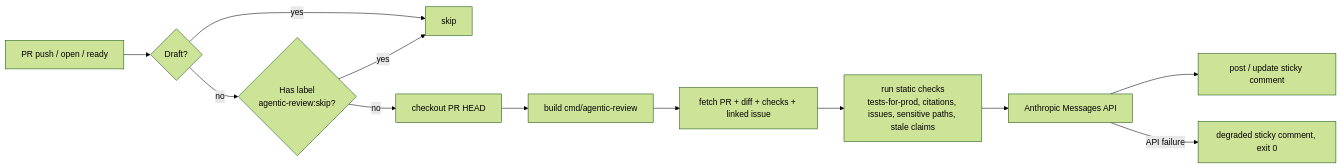
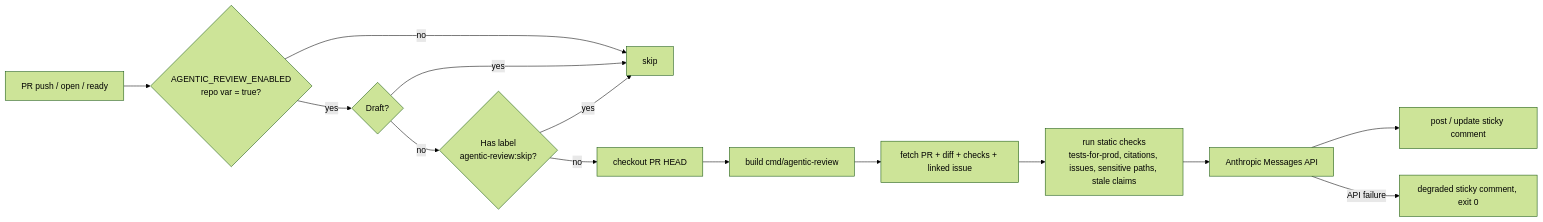
One commit to jk-nd/claude-code-setup changed the diagram in docs/agentic-review.md. Above: the diagram before and after it, drawn with Mermaid (forest theme). The commit also changed other lines of this file and 3 other files, not shown here.

First line of the commit message:
feat(agentic-review): opt-in gate via AGENTIC_REVIEW_ENABLED variable

````diff
--- a/docs/agentic-review.md
+++ b/docs/agentic-review.md
@@ -18,14 +19,16 @@
 ```mermaid
 flowchart LR
-    A[PR push / open / ready] --> B{Draft?}
-    B -- yes --> Z[skip]
+    A[PR push / open / ready] --> AA{AGENTIC_REVIEW_ENABLED<br/>repo var = true?}
+    AA -- no --> Z[skip]
+    AA -- yes --> B{Draft?}
+    B -- yes --> Z
     B -- no --> C{Has label<br/>agentic-review:skip?}
     C -- yes --> Z
     C -- no --> D[checkout PR HEAD]
     D --> E[build cmd/agentic-review]
     E --> F[fetch PR + diff + checks + linked issue]
     F --> G[run static checks<br/>tests-for-prod, citations, issues, sensitive paths, stale claims]
     G --> H[Anthropic Messages API]
     H --> I[post / update sticky comment]
     H -- API failure --> J[degraded sticky comment, exit 0]
 ```
````
